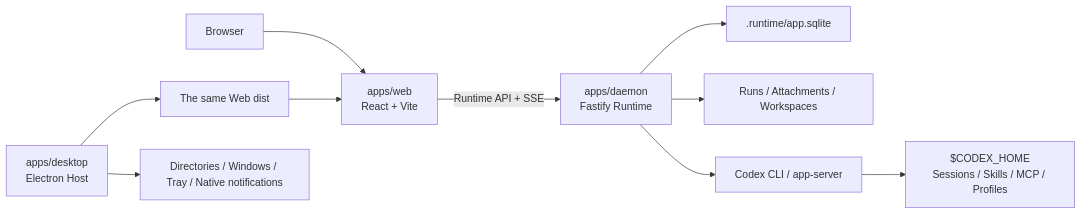
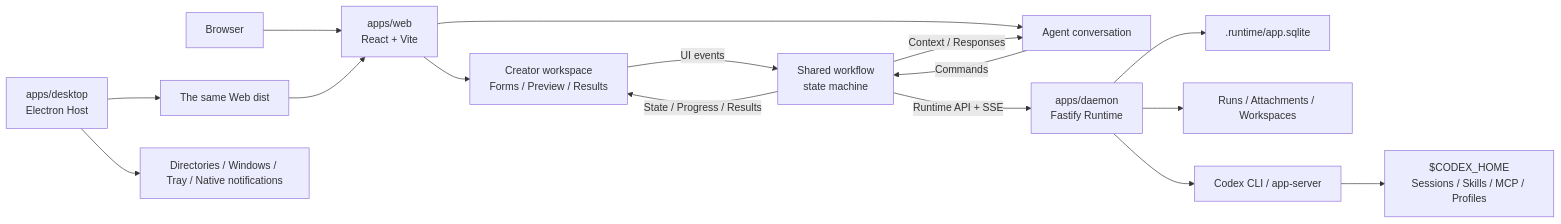
One commit to krillinai/OpenCreator changed the diagram in README.md. Above: the diagram before and after it, drawn with Mermaid. The commit also changed other lines of this file and 1 other file, not shown here.

Commit message:
docs: explain state-driven workspace architecture

````diff
--- a/README.md
+++ b/README.md
@@ -236,12 +239,18 @@
 ```mermaid
 flowchart LR
     Browser["Browser"] --> Web["apps/web<br/>React + Vite"]
     Desktop["apps/desktop<br/>Electron Host"] --> WebBuild["The same Web dist"]
     WebBuild --> Web
     Desktop --> Native["Directories / Windows / Tray / Native notifications"]
-    Web -->|"Runtime API + SSE"| Daemon["apps/daemon<br/>Fastify Runtime"]
+    Web --> Workspace["Creator workspace<br/>Forms / Preview / Results"]
+    Web --> Conversation["Agent conversation"]
+    Workspace -->|"UI events"| StateMachine["Shared workflow<br/>state machine"]
+    Conversation -->|"Commands"| StateMachine
+    StateMachine -->|"State / Progress / Results"| Workspace
+    StateMachine -->|"Context / Responses"| Conversation
+    StateMachine -->|"Runtime API + SSE"| Daemon["apps/daemon<br/>Fastify Runtime"]
     Daemon --> DB[".runtime/app.sqlite"]
     Daemon --> Files["Runs / Attachments / Workspaces"]
     Daemon --> Codex["Codex CLI / app-server"]
     Codex --> CodexHome["$CODEX_HOME<br/>Sessions / Skills / MCP / Profiles"]
 ```
````
